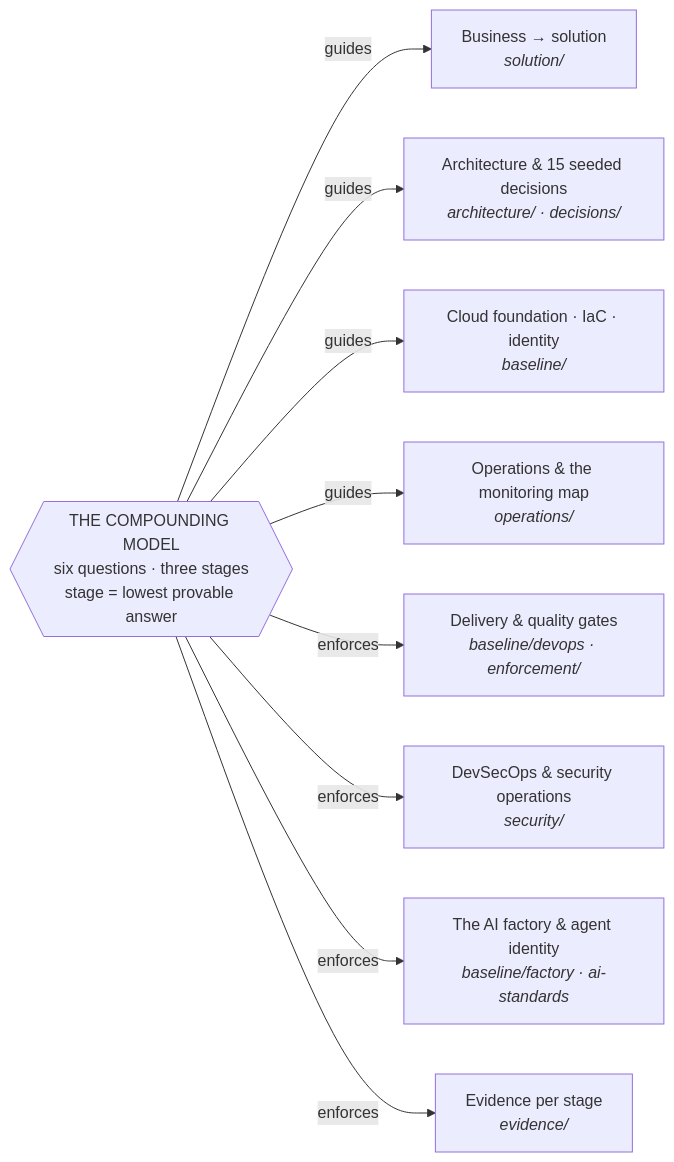
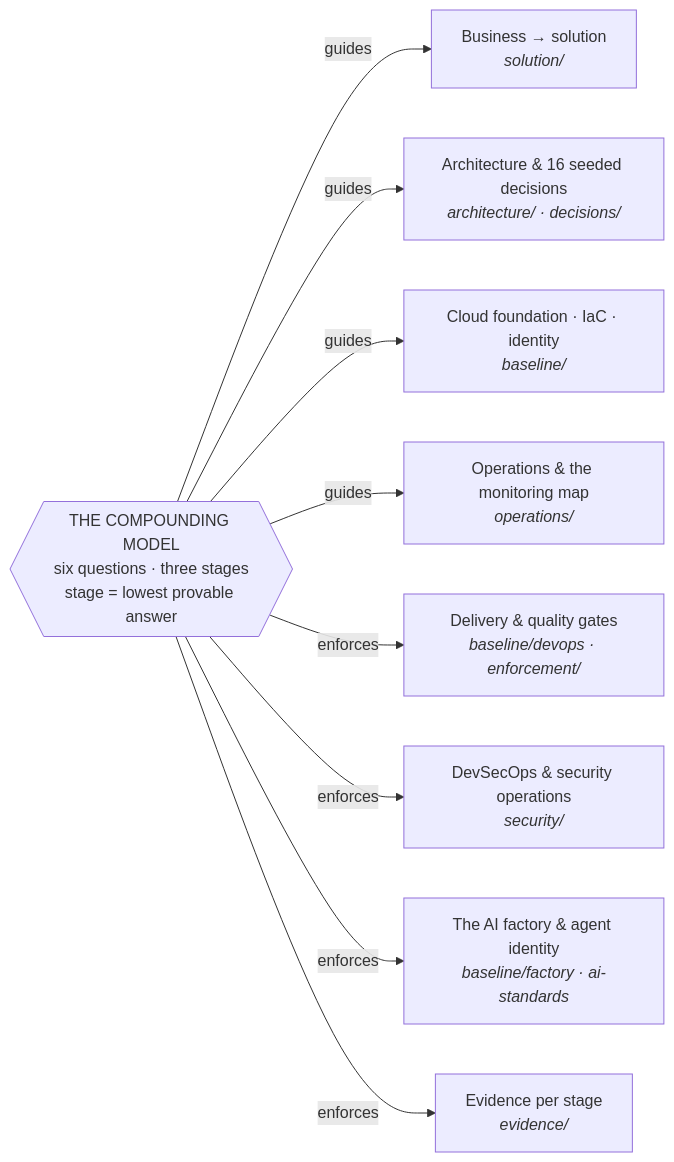
One commit to savvaniss/compounding-model changed the diagram in README.md. Above: the diagram before and after it, drawn with Mermaid. The commit also changed other lines of this file and 5 other files, not shown here.

````diff
--- a/README.md
+++ b/README.md
@@ -65,12 +65,12 @@
 ```mermaid
 flowchart LR
   M{{"THE COMPOUNDING MODEL<br/>six questions · three stages<br/>stage = lowest provable answer"}}
   M -->|guides| SOL["Business → solution<br/><i>solution/</i>"]
-  M -->|guides| ARC["Architecture & 15 seeded decisions<br/><i>architecture/ · decisions/</i>"]
+  M -->|guides| ARC["Architecture & 16 seeded decisions<br/><i>architecture/ · decisions/</i>"]
   M -->|guides| FND["Cloud foundation · IaC · identity<br/><i>baseline/</i>"]
   M -->|guides| OPS["Operations & the monitoring map<br/><i>operations/</i>"]
   M -->|enforces| DEL["Delivery & quality gates<br/><i>baseline/devops · enforcement/</i>"]
   M -->|enforces| SEC["DevSecOps & security operations<br/><i>security/</i>"]
   M -->|enforces| FAC["The AI factory & agent identity<br/><i>baseline/factory · ai-standards</i>"]
   M -->|enforces| EVD["Evidence per stage<br/><i>evidence/</i>"]
 ```
````
